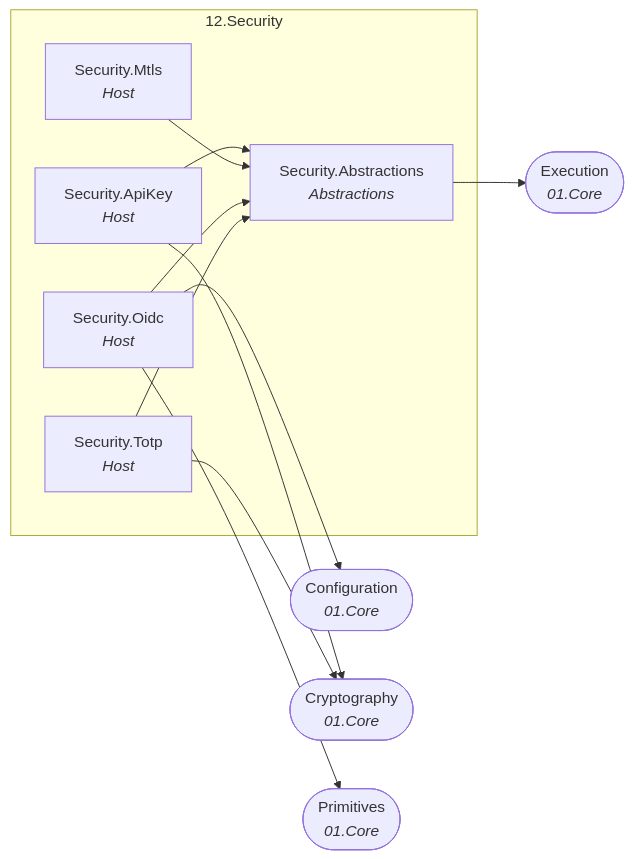
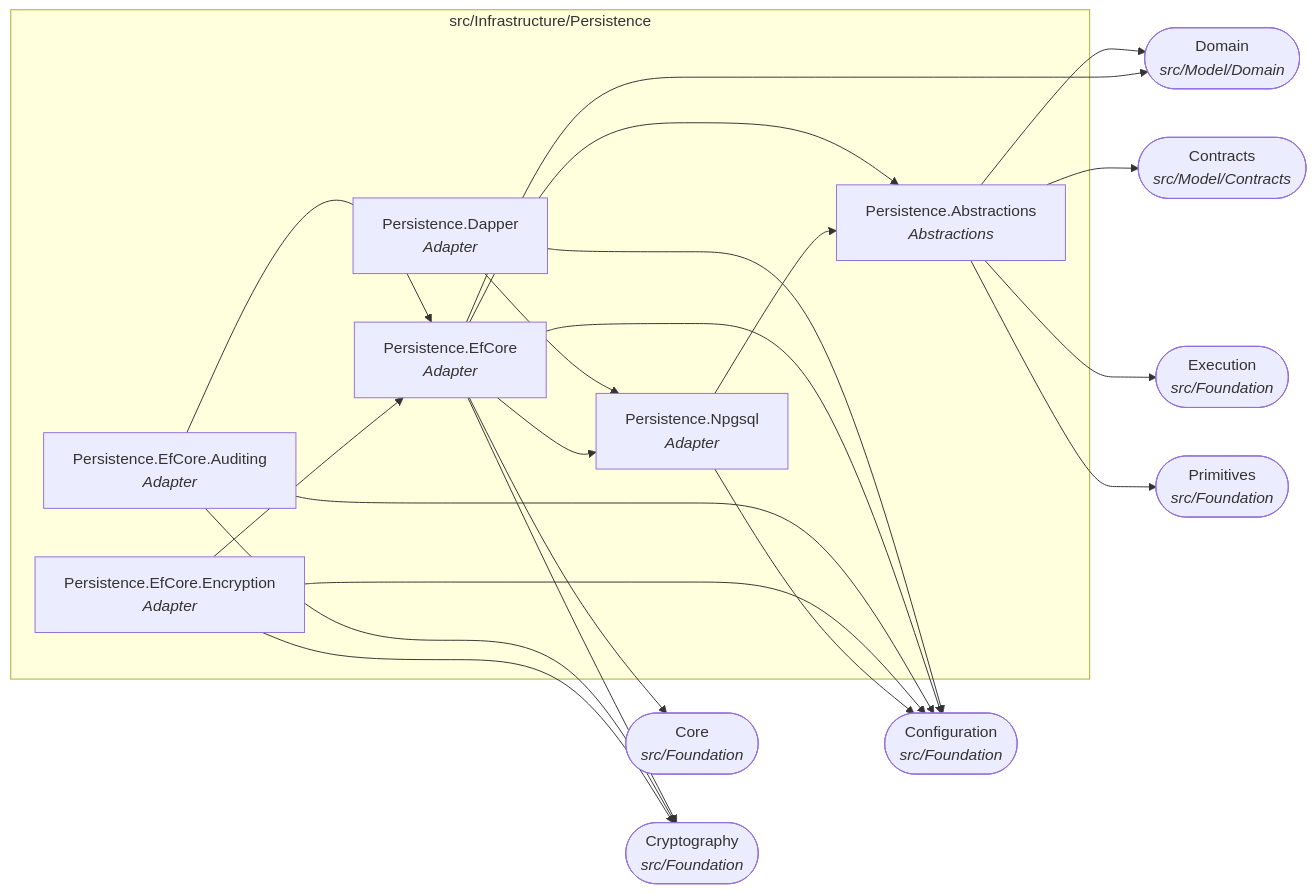
Diagram 13 of 22 in docs/dependency-graph.md (Gresta-Vertex-Labs/platform-shared-kernel), drawn with Mermaid before and after one commit. The commit also changed other lines of this file and 4053 other files, not shown here.

````diff
--- a/docs/dependency-graph.md
+++ b/docs/dependency-graph.md
@@ -405,23 +448,38 @@
 ```mermaid
 flowchart LR
-  subgraph folder_12_Security["12.Security"]
-    SharedKernel_Security_Abstractions["Security.Abstractions<br/><i>Abstractions</i>"]
-    SharedKernel_Security_ApiKey["Security.ApiKey<br/><i>Host</i>"]
-    SharedKernel_Security_Mtls["Security.Mtls<br/><i>Host</i>"]
-    SharedKernel_Security_Oidc["Security.Oidc<br/><i>Host</i>"]
-    SharedKernel_Security_Totp["Security.Totp<br/><i>Host</i>"]
+  subgraph folder_src_Infrastructure_Persistence["src/Infrastructure/Persistence"]
+    SharedKernel_Persistence_Abstractions["Persistence.Abstractions<br/><i>Abstractions</i>"]
+    SharedKernel_Persistence_Dapper["Persistence.Dapper<br/><i>Adapter</i>"]
+    SharedKernel_Persistence_EfCore["Persistence.EfCore<br/><i>Adapter</i>"]
+    SharedKernel_Persistence_EfCore_Auditing["Persistence.EfCore.Auditing<br/><i>Adapter</i>"]
+    SharedKernel_Persistence_EfCore_Encryption["Persistence.EfCore.Encryption<br/><i>Adapter</i>"]
+    SharedKernel_Persistence_Npgsql["Persistence.Npgsql<br/><i>Adapter</i>"]
   end
-  SharedKernel_Configuration(["Configuration<br/><i>01.Core</i>"])
-  SharedKernel_Cryptography(["Cryptography<br/><i>01.Core</i>"])
-  SharedKernel_Execution(["Execution<br/><i>01.Core</i>"])
-  SharedKernel_Primitives(["Primitives<br/><i>01.Core</i>"])
-  SharedKernel_Security_Abstractions --> SharedKernel_Execution
-  SharedKernel_Security_ApiKey --> SharedKernel_Cryptography
-  SharedKernel_Security_ApiKey --> SharedKernel_Security_Abstractions
-  SharedKernel_Security_Mtls --> SharedKernel_Security_Abstractions
-  SharedKernel_Security_Oidc --> SharedKernel_Configuration
-  SharedKernel_Security_Oidc --> SharedKernel_Primitives
-  SharedKernel_Security_Oidc --> SharedKernel_Security_Abstractions
-  SharedKernel_Security_Totp --> SharedKernel_Cryptography
-  SharedKernel_Security_Totp --> SharedKernel_Security_Abstractions
+  SharedKernel_Configuration(["Configuration<br/><i>src/Foundation</i>"])
+  SharedKernel_Contracts(["Contracts<br/><i>src/Model/Contracts</i>"])
+  SharedKernel_Core(["Core<br/><i>src/Foundation</i>"])
+  SharedKernel_Cryptography(["Cryptography<br/><i>src/Foundation</i>"])
+  SharedKernel_Domain(["Domain<br/><i>src/Model/Domain</i>"])
+  SharedKernel_Execution(["Execution<br/><i>src/Foundation</i>"])
+  SharedKernel_Primitives(["Primitives<br/><i>src/Foundation</i>"])
+  SharedKernel_Persistence_Abstractions --> SharedKernel_Contracts
+  SharedKernel_Persistence_Abstractions --> SharedKernel_Domain
+  SharedKernel_Persistence_Abstractions --> SharedKernel_Execution
+  SharedKernel_Persistence_Abstractions --> SharedKernel_Primitives
+  SharedKernel_Persistence_Dapper --> SharedKernel_Configuration
+  SharedKernel_Persistence_Dapper --> SharedKernel_Persistence_Npgsql
+  SharedKernel_Persistence_EfCore --> SharedKernel_Configuration
+  SharedKernel_Persistence_EfCore --> SharedKernel_Core
+  SharedKernel_Persistence_EfCore --> SharedKernel_Cryptography
+  SharedKernel_Persistence_EfCore --> SharedKernel_Domain
+  SharedKernel_Persistence_EfCore --> SharedKernel_Persistence_Abstractions
+  SharedKernel_Persistence_EfCore --> SharedKernel_Persistence_Npgsql
+  SharedKernel_Persistence_EfCore_Auditing --> SharedKernel_Configuration
+  SharedKernel_Persistence_EfCore_Auditing --> SharedKernel_Cryptography
+  SharedKernel_Persistence_EfCore_Auditing --> SharedKernel_Persistence_EfCore
+  SharedKernel_Persistence_EfCore_Encryption --> SharedKernel_Configuration
+  SharedKernel_Persistence_EfCore_Encryption --> SharedKernel_Cryptography
+  SharedKernel_Persistence_EfCore_Encryption --> SharedKernel_Persistence_EfCore
+  SharedKernel_Persistence_Npgsql --> SharedKernel_Configuration
+  SharedKernel_Persistence_Npgsql --> SharedKernel_Persistence_Abstractions
 ```
````
